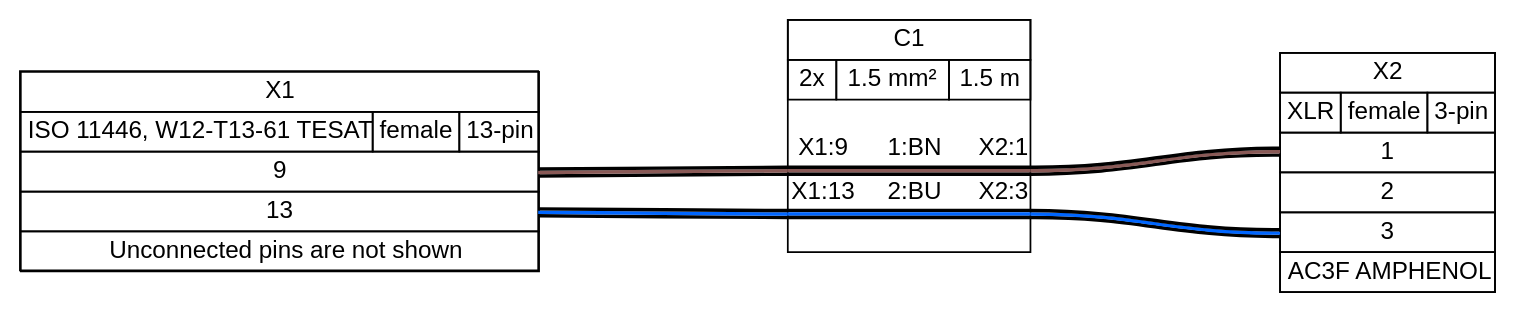
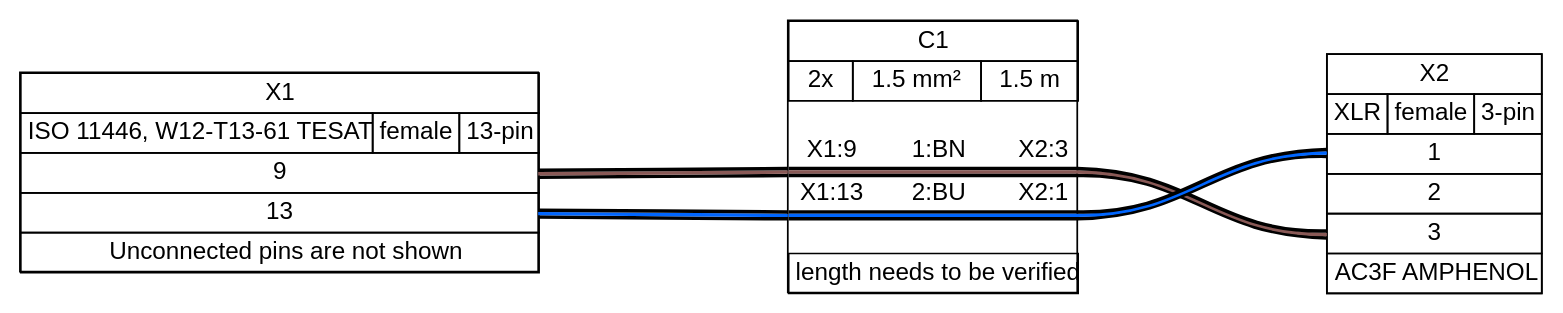
Before and after one commit to ODZ-UJF-AV-CR/CRREAT_cars: the diagram in doc/power_input_cable/power_input.gv, drawn with Graphviz. The commit also changed 5 other files, not shown here.

```diff
--- a/doc/power_input_cable/power_input.gv
+++ b/doc/power_input_cable/power_input.gv
@@ -1,132 +1,137 @@
 graph {
 // Graph generated by WireViz 0.3.2
 // https://github.com/formatc1702/WireViz
 	graph [bgcolor="#FFFFFF" fontname=arial nodesep=0.33 rankdir=LR ranksep=2]
 	node [fillcolor="#FFFFFF" fontname=arial height=0 margin=0 shape=none style=filled width=0]
 	edge [fontname=arial style=bold]
 	X1 [label=<
 <table border="0" cellspacing="0" cellpadding="0">
  <tr><td>
   <table border="0" cellspacing="0" cellpadding="3" cellborder="1"><tr>
    <td balign="left">X1</td>
   </tr></table>
  </td></tr>
  <tr><td>
   <table border="0" cellspacing="0" cellpadding="3" cellborder="1"><tr>
    <td balign="left">ISO 11446, W12-T13-61 TESAT</td>
    <td balign="left">female</td>
    <td balign="left">13-pin</td>
   </tr></table>
  </td></tr>
  <tr><td>
   <table border="0" cellspacing="0" cellpadding="3" cellborder="1">
    <tr>
     <td port="p9r">9</td>
    </tr>
    <tr>
     <td port="p13r">13</td>
    </tr>
   </table>
  </td></tr>
  <tr><td>
   <table border="0" cellspacing="0" cellpadding="3" cellborder="1"><tr>
    <td balign="left">Unconnected pins are not shown</td>
   </tr></table>
  </td></tr>
 </table>
 > fillcolor="#FFFFFF" shape=box style=filled]
 	X2 [label=<
 <table border="0" cellspacing="0" cellpadding="0">
  <tr><td>
   <table border="0" cellspacing="0" cellpadding="3" cellborder="1"><tr>
    <td balign="left">X2</td>
   </tr></table>
  </td></tr>
  <tr><td>
   <table border="0" cellspacing="0" cellpadding="3" cellborder="1"><tr>
    <td balign="left">XLR</td>
    <td balign="left">female</td>
    <td balign="left">3-pin</td>
   </tr></table>
  </td></tr>
  <tr><td>
   <table border="0" cellspacing="0" cellpadding="3" cellborder="1">
    <tr>
     <td port="p1l">1</td>
    </tr>
    <tr>
     <td port="p2l">2</td>
    </tr>
    <tr>
     <td port="p3l">3</td>
    </tr>
   </table>
  </td></tr>
  <tr><td>
   <table border="0" cellspacing="0" cellpadding="3" cellborder="1"><tr>
    <td balign="left">AC3F AMPHENOL</td>
   </tr></table>
  </td></tr>
 </table>
 > fillcolor="#FFFFFF" shape=box style=filled]
 	edge [color="#000000:#895956:#000000"]
 	X1:p9r:e -- C1:w1:w
-	C1:w1:e -- X2:p1l:w
+	C1:w1:e -- X2:p3l:w
 	edge [color="#000000:#0066ff:#000000"]
 	X1:p13r:e -- C1:w2:w
-	C1:w2:e -- X2:p3l:w
+	C1:w2:e -- X2:p1l:w
 	C1 [label=<
 <table border="0" cellspacing="0" cellpadding="0">
  <tr><td>
   <table border="0" cellspacing="0" cellpadding="3" cellborder="1"><tr>
    <td balign="left">C1</td>
   </tr></table>
  </td></tr>
  <tr><td>
   <table border="0" cellspacing="0" cellpadding="3" cellborder="1"><tr>
    <td balign="left">2x</td>
    <td balign="left">1.5 mm²</td>
    <td balign="left">1.5 m</td>
   </tr></table>
  </td></tr>
  <tr><td>
   <table border="0" cellspacing="0" cellborder="0">
    <tr><td>&nbsp;</td></tr>
    <tr>
     <td>X1:9</td>
     <td>
      1:BN
     </td>
-    <td>X2:1</td>
+    <td>X2:3</td>
    </tr>
    <tr>
     <td colspan="3" border="0" cellspacing="0" cellpadding="0" port="w1" height="6">
      <table cellspacing="0" cellborder="0" border="0">
       <tr><td colspan="3" cellpadding="0" height="2" bgcolor="#000000" border="0"></td></tr>
       <tr><td colspan="3" cellpadding="0" height="2" bgcolor="#895956" border="0"></td></tr>
       <tr><td colspan="3" cellpadding="0" height="2" bgcolor="#000000" border="0"></td></tr>
      </table>
     </td>
    </tr>
    <tr>
     <td>X1:13</td>
     <td>
      2:BU
     </td>
-    <td>X2:3</td>
+    <td>X2:1</td>
    </tr>
    <tr>
     <td colspan="3" border="0" cellspacing="0" cellpadding="0" port="w2" height="6">
      <table cellspacing="0" cellborder="0" border="0">
       <tr><td colspan="3" cellpadding="0" height="2" bgcolor="#000000" border="0"></td></tr>
       <tr><td colspan="3" cellpadding="0" height="2" bgcolor="#0066ff" border="0"></td></tr>
       <tr><td colspan="3" cellpadding="0" height="2" bgcolor="#000000" border="0"></td></tr>
      </table>
     </td>
    </tr>
    <tr><td>&nbsp;</td></tr>
   </table>
  </td></tr>
+ <tr><td>
+  <table border="0" cellspacing="0" cellpadding="3" cellborder="1"><tr>
+   <td balign="left">length needs to be verified</td>
+  </tr></table>
+ </td></tr>
 </table>
 > fillcolor="#FFFFFF" shape=box style=filled]
 }
```
